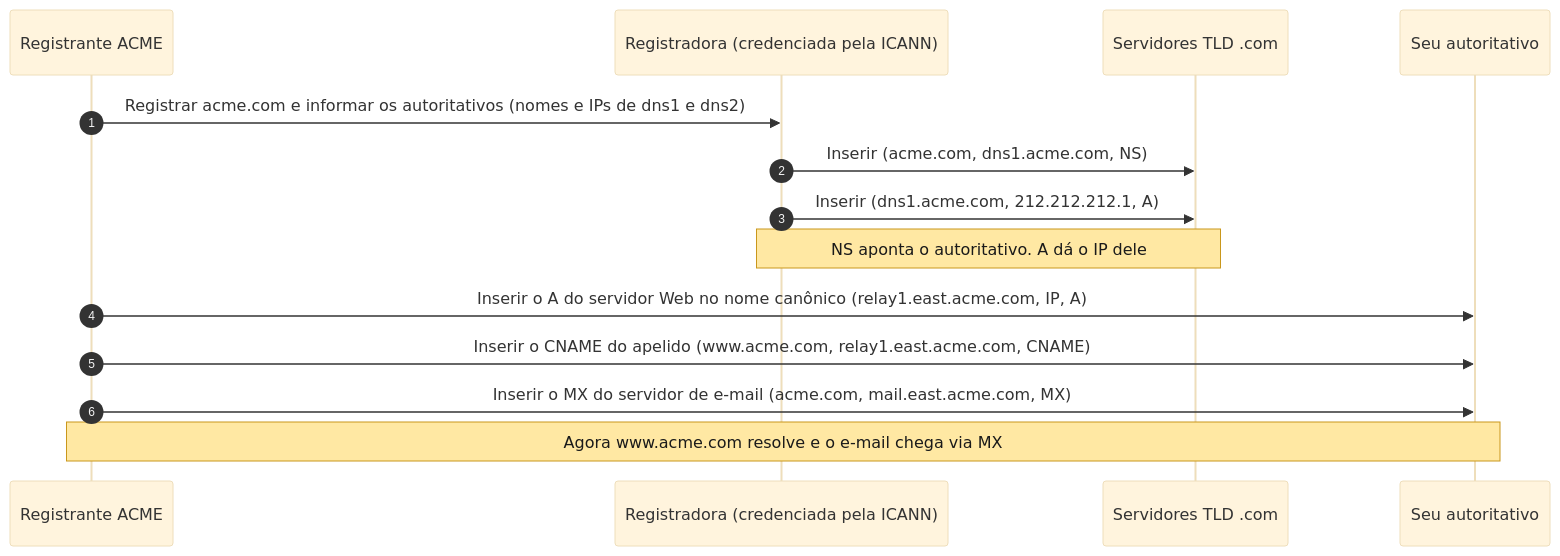
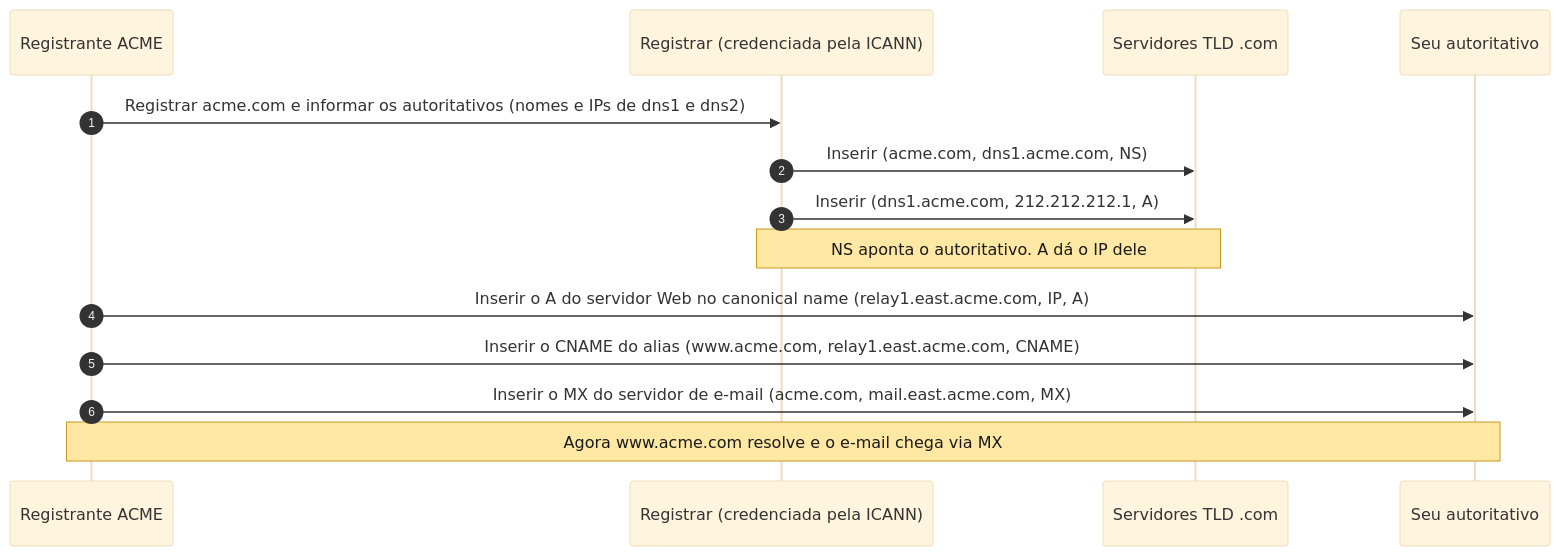
One commit to eagle-head/blog changed the seventh of 7 diagrams in src/content/papers/dns-from-concept-to-packet/pt-BR.mdx. Above: the diagram before and after it, drawn with Mermaid. The commit also changed other lines of this file and 1 other file, not shown here.

````diff
--- a/src/content/papers/dns-from-concept-to-packet/pt-BR.mdx
+++ b/src/content/papers/dns-from-concept-to-packet/pt-BR.mdx
@@ -810,24 +810,24 @@
 ```mermaid
 ---
 config:
   theme: base
   themeVariables:
     noteBkgColor: '#FFE8A3'
     noteTextColor: '#1A1A1A'
     noteBorderColor: '#C9971C'
 ---
 sequenceDiagram
     autonumber
     participant Reg as Registrante ACME
-    participant Rgr as Registradora (credenciada pela ICANN)
+    participant Rgr as Registrar (credenciada pela ICANN)
     participant TLD as Servidores TLD .com
     participant Aut as Seu autoritativo
     Reg->>Rgr: Registrar acme.com e informar os autoritativos (nomes e IPs de dns1 e dns2)
     Rgr->>TLD: Inserir (acme.com, dns1.acme.com, NS)
     Rgr->>TLD: Inserir (dns1.acme.com, 212.212.212.1, A)
     Note over Rgr,TLD: NS aponta o autoritativo. A dá o IP dele
-    Reg->>Aut: Inserir o A do servidor Web no nome canônico (relay1.east.acme.com, IP, A)
-    Reg->>Aut: Inserir o CNAME do apelido (www.acme.com, relay1.east.acme.com, CNAME)
+    Reg->>Aut: Inserir o A do servidor Web no canonical name (relay1.east.acme.com, IP, A)
+    Reg->>Aut: Inserir o CNAME do alias (www.acme.com, relay1.east.acme.com, CNAME)
     Reg->>Aut: Inserir o MX do servidor de e-mail (acme.com, mail.east.acme.com, MX)
     Note over Reg,Aut: Agora www.acme.com resolve e o e-mail chega via MX
 ```
````
